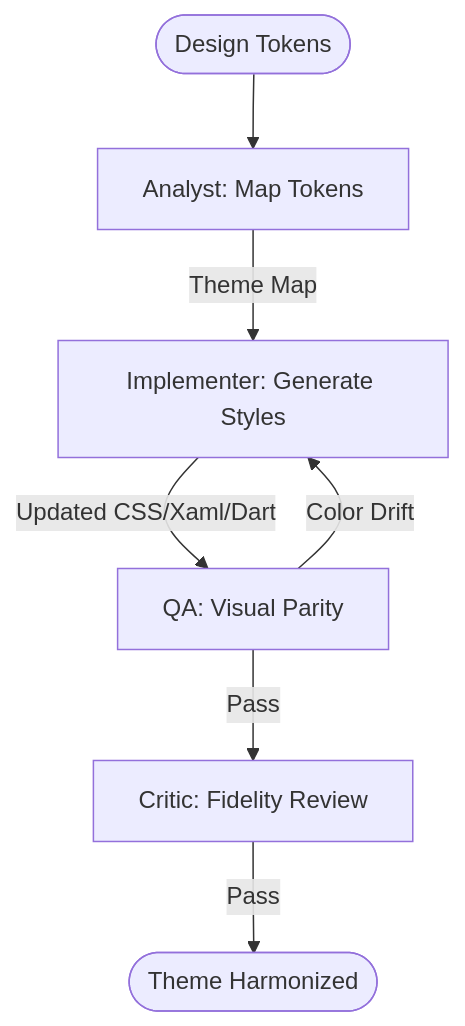
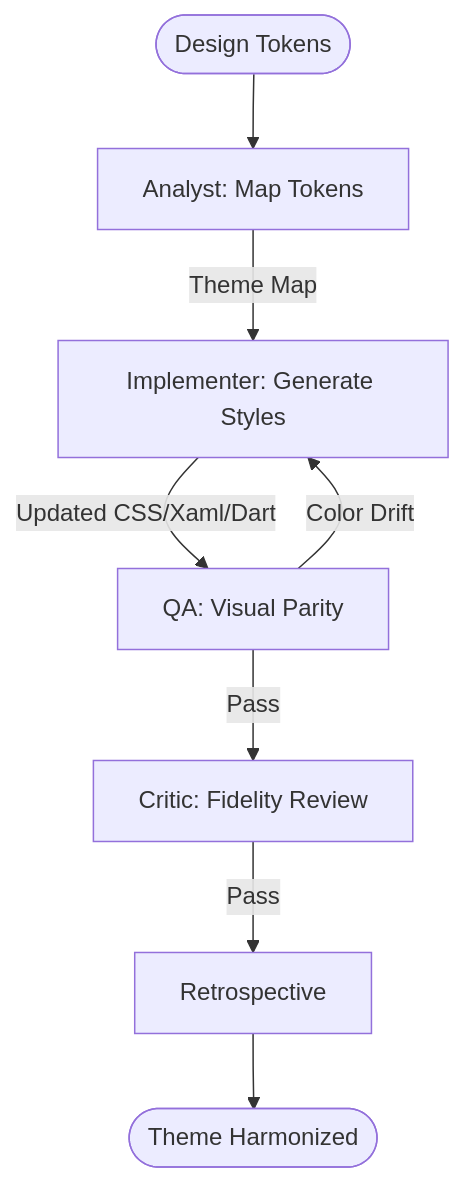
The diagram in custom-agents/workflows/core/ThemeSync.workflow.md (seanspiesman/Agents-and-Workflows), drawn with Mermaid before and after one commit. The commit also changed other lines of this file and 38 other files, not shown here.

````diff
--- a/custom-agents/workflows/core/ThemeSync.workflow.md
+++ b/custom-agents/workflows/core/ThemeSync.workflow.md
@@ -58,9 +66,10 @@
 ```mermaid
 flowchart TD
     Start([Design Tokens]) --> P1[Analyst: Map Tokens]
     P1 -->|Theme Map| P2[Implementer: Generate Styles]
     P2 -->|Updated CSS/Xaml/Dart| P3[QA: Visual Parity]
     P3 -->|Color Drift| P2
     P3 -->|Pass| P4[Critic: Fidelity Review]
-    P4 -->|Pass| End([Theme Harmonized])
+    P4 -->|Pass| P5[Retrospective]
+    P5 --> End([Theme Harmonized])
 ```
````
